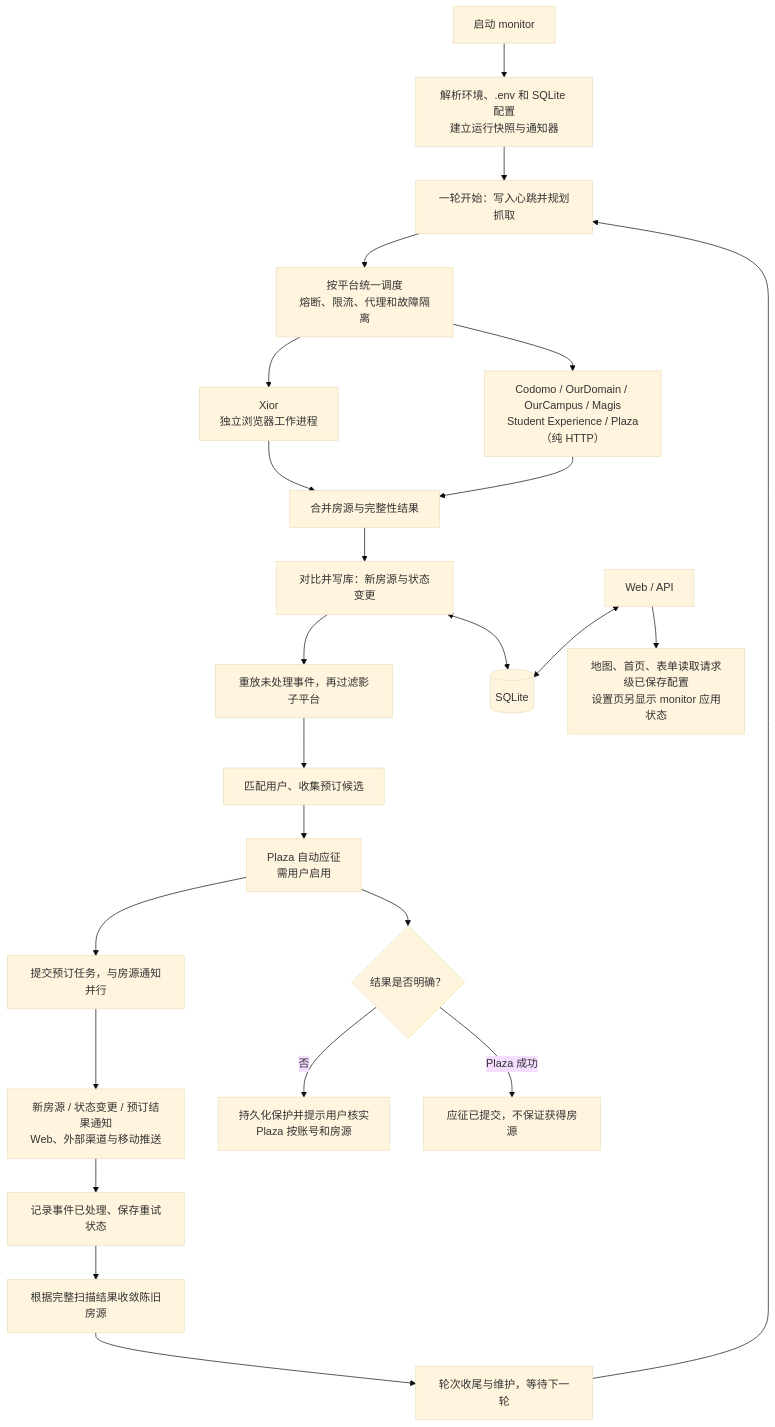
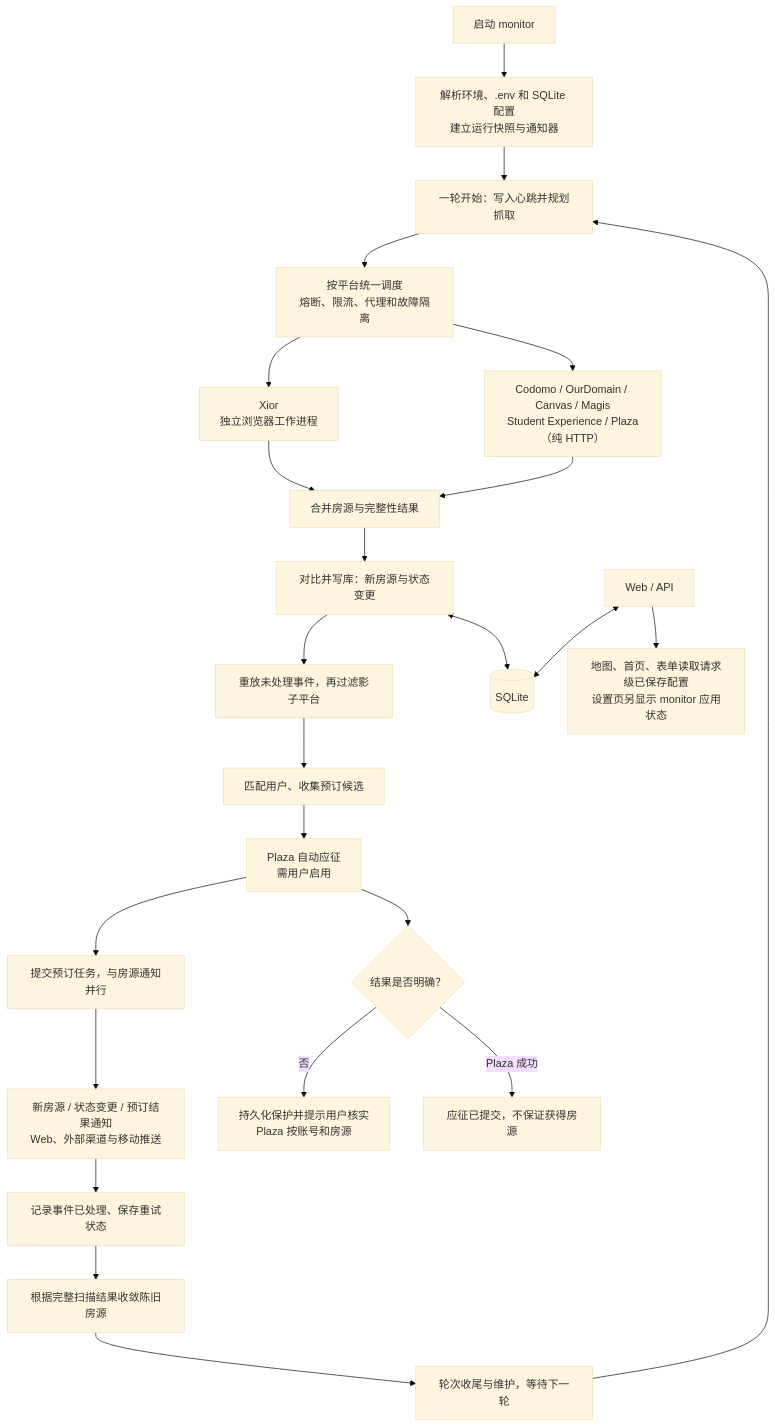
Before and after one commit to 751K/Flatradar: the diagram in docs/dataflow_ch.mmd, drawn with Mermaid (base theme). The commit also changed 100 other files, not shown here.

Commit message:
feat(canvas): OurCampus 改名 Canvas，接新门户；Contact 判抽签，报到手价

```diff
--- a/docs/dataflow_ch.mmd
+++ b/docs/dataflow_ch.mmd
@@ -1,24 +1,24 @@
 flowchart TD
     A["启动 monitor"] --> B["解析环境、.env 和 SQLite 配置<br/>建立运行快照与通知器"]
     B --> C["一轮开始：写入心跳并规划抓取"]
     C --> D["按平台统一调度<br/>熔断、限流、代理和故障隔离"]
     D --> E["Xior<br/>独立浏览器工作进程"]
-    D --> F["Codomo / OurDomain / OurCampus / Magis<br/>Student Experience / Plaza（纯 HTTP）"]
+    D --> F["Codomo / OurDomain / Canvas / Magis<br/>Student Experience / Plaza（纯 HTTP）"]
     E --> G["合并房源与完整性结果"]
     F --> G
     G --> H["对比并写库：新房源与状态变更"]
     H --> I["重放未处理事件，再过滤影子平台"]
     I --> J["匹配用户、收集预订候选"]
     J --> K["Plaza 自动应征<br/>需用户启用"]
     K --> L["提交预订任务，与房源通知并行"]
     L --> M["新房源 / 状态变更 / 预订结果通知<br/>Web、外部渠道与移动推送"]
     M --> N["记录事件已处理、保存重试状态"]
     N --> O["根据完整扫描结果收敛陈旧房源"]
     O --> P["轮次收尾与维护，等待下一轮"]
     P --> C
     K --> Q{"结果是否明确？"}
     Q -->|否| R["持久化保护并提示用户核实<br/>Plaza 按账号和房源"]
     Q -->|Plaza 成功| T["应征已提交，不保证获得房源"]
     W["Web / API"] <--> DB[("SQLite")]
     H <--> DB
     W --> X["地图、首页、表单读取请求级已保存配置<br/>设置页另显示 monitor 应用状态"]
```
